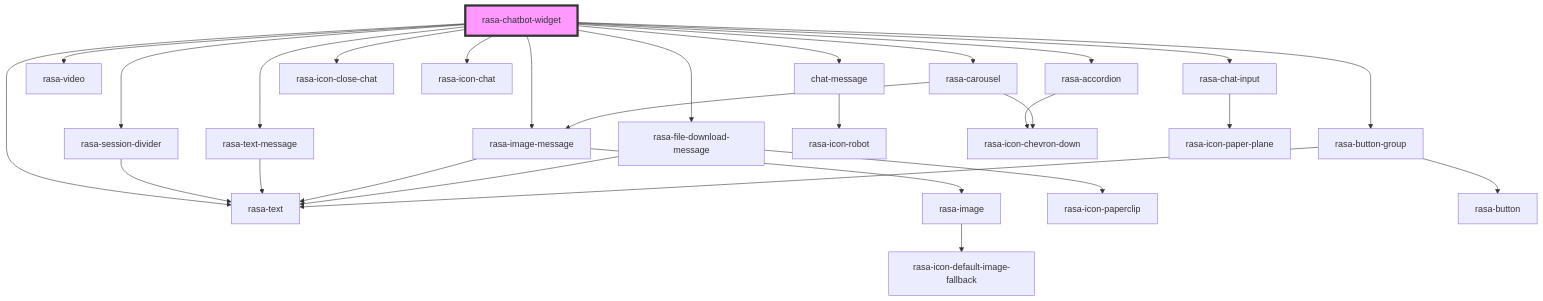
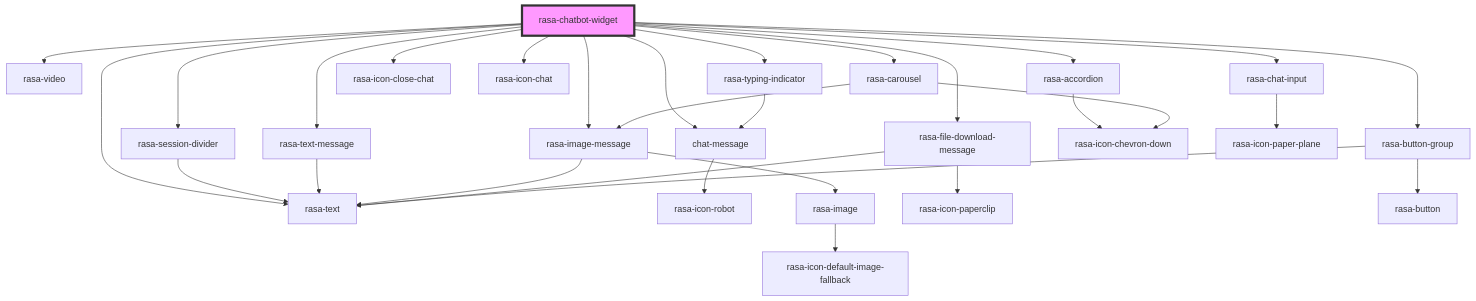
The diagram in packages/web-component/src/rasa-chatbot-widget/readme.md (RasaHQ/chat-widget), drawn with Mermaid before and after one commit. The commit also changed other lines of this file and 7 other files, not shown here.

````diff
--- a/packages/web-component/src/rasa-chatbot-widget/readme.md
+++ b/packages/web-component/src/rasa-chatbot-widget/readme.md
@@ -46,31 +47,33 @@
 ```mermaid
 graph TD;
   rasa-chatbot-widget --> rasa-session-divider
   rasa-chatbot-widget --> chat-message
   rasa-chatbot-widget --> rasa-text-message
   rasa-chatbot-widget --> rasa-image-message
   rasa-chatbot-widget --> rasa-video
   rasa-chatbot-widget --> rasa-file-download-message
   rasa-chatbot-widget --> rasa-accordion
   rasa-chatbot-widget --> rasa-text
   rasa-chatbot-widget --> rasa-button-group
   rasa-chatbot-widget --> rasa-carousel
+  rasa-chatbot-widget --> rasa-typing-indicator
   rasa-chatbot-widget --> rasa-icon-close-chat
   rasa-chatbot-widget --> rasa-icon-chat
   rasa-chatbot-widget --> rasa-chat-input
   rasa-session-divider --> rasa-text
   chat-message --> rasa-icon-robot
   rasa-text-message --> rasa-text
   rasa-image-message --> rasa-image
   rasa-image-message --> rasa-text
   rasa-image --> rasa-icon-default-image-fallback
   rasa-file-download-message --> rasa-icon-paperclip
   rasa-file-download-message --> rasa-text
   rasa-accordion --> rasa-icon-chevron-down
   rasa-button-group --> rasa-button
   rasa-button-group --> rasa-text
   rasa-carousel --> rasa-image-message
   rasa-carousel --> rasa-icon-chevron-down
+  rasa-typing-indicator --> chat-message
   rasa-chat-input --> rasa-icon-paper-plane
   style rasa-chatbot-widget fill:#f9f,stroke:#333,stroke-width:4px
 ```
````
